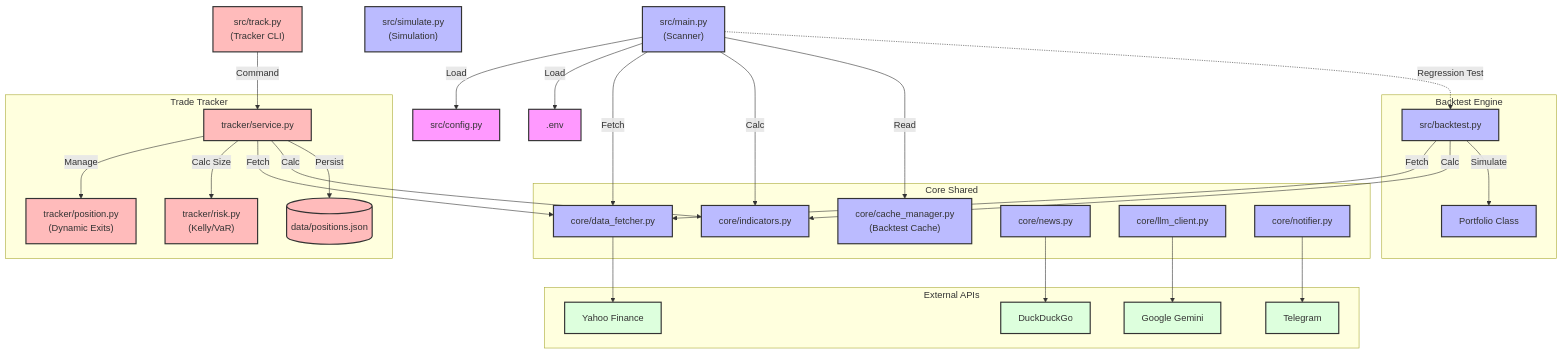
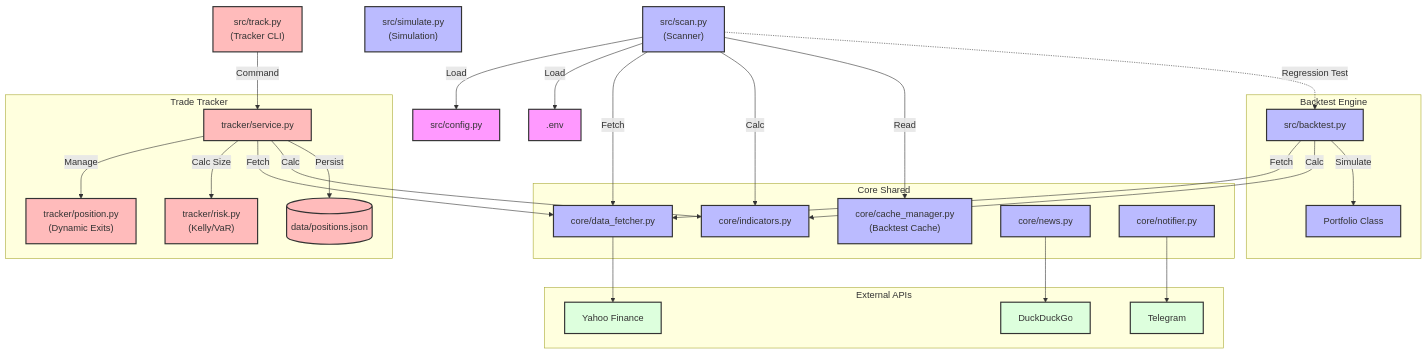
Before and after one commit to rayandcherry/OpenClaw-financial-intelligence: the first of 2 diagrams in README.md, drawn with Mermaid. The commit also changed other lines of this file and 9 other files, not shown here.

````diff
--- a/README.md
+++ b/README.md
@@ -97,74 +97,71 @@
 ```mermaid
 graph TD
     classDef config fill:#f9f,stroke:#333,stroke-width:2px;
     classDef core fill:#bbf,stroke:#333,stroke-width:2px;
     classDef tracker fill:#fbb,stroke:#333,stroke-width:2px;
     classDef ext fill:#dfd,stroke:#333,stroke-width:2px;
 
     %% Entry Points
-    EntryMain["src/main.py\n(Scanner)"]:::core
+    EntryMain["src/scan.py\n(Scanner)"]:::core
     EntrySim["src/simulate.py\n(Simulation)"]:::core
     EntryTrack["src/track.py\n(Tracker CLI)"]:::tracker
 
     %% Configuration
     Config[src/config.py]:::config
     Env[.env]:::config
     
     %% Core Shared Modules
     subgraph Core Shared
         Indicators[core/indicators.py]:::core
         DataFetch[core/data_fetcher.py]:::core
         Cache["core/cache_manager.py\n(Backtest Cache)"]:::core
         News[core/news.py]:::core
-        LLM[core/llm_client.py]:::core
         Notifier[core/notifier.py]:::core
     end
 
     %% New Modules
     subgraph Backtest Engine
         Backtester[src/backtest.py]:::core
         PortfolioSim[Portfolio Class]:::core
     end
 
     subgraph Trade Tracker
         TrackerService[tracker/service.py]:::tracker
         PosMgr["tracker/position.py\n(Dynamic Exits)"]:::tracker
         RiskMgr["tracker/risk.py\n(Kelly/VaR)"]:::tracker
         StateDB[(data/positions.json)]:::tracker
     end
 
     %% External APIs
     subgraph External APIs
         YF[Yahoo Finance]:::ext
         DDG[DuckDuckGo]:::ext
-        Gemini[Google Gemini]:::ext
         TG[Telegram]:::ext
     end
 
     %% Relationships
     EntryMain -->|Load| Config
     EntryMain -->|Load| Env
     EntryMain -->|Fetch| DataFetch
     EntryMain -->|Calc| Indicators
     EntryMain -->|Read| Cache
 
     %% Backtest Integration
     EntryMain -.->|Regression Test| Backtester
     Backtester -->|Fetch| DataFetch
     Backtester -->|Calc| Indicators
     Backtester -->|Simulate| PortfolioSim
     
     %% Tracker Relationships
     EntryTrack -->|Command| TrackerService
     TrackerService -->|Manage| PosMgr
     TrackerService -->|Calc Size| RiskMgr
     TrackerService -->|Fetch| DataFetch
     TrackerService -->|Calc| Indicators
     TrackerService -->|Persist| StateDB
     
     %% Common
     DataFetch --> YF
     News --> DDG
-    LLM --> Gemini
     Notifier --> TG
 ```
````
